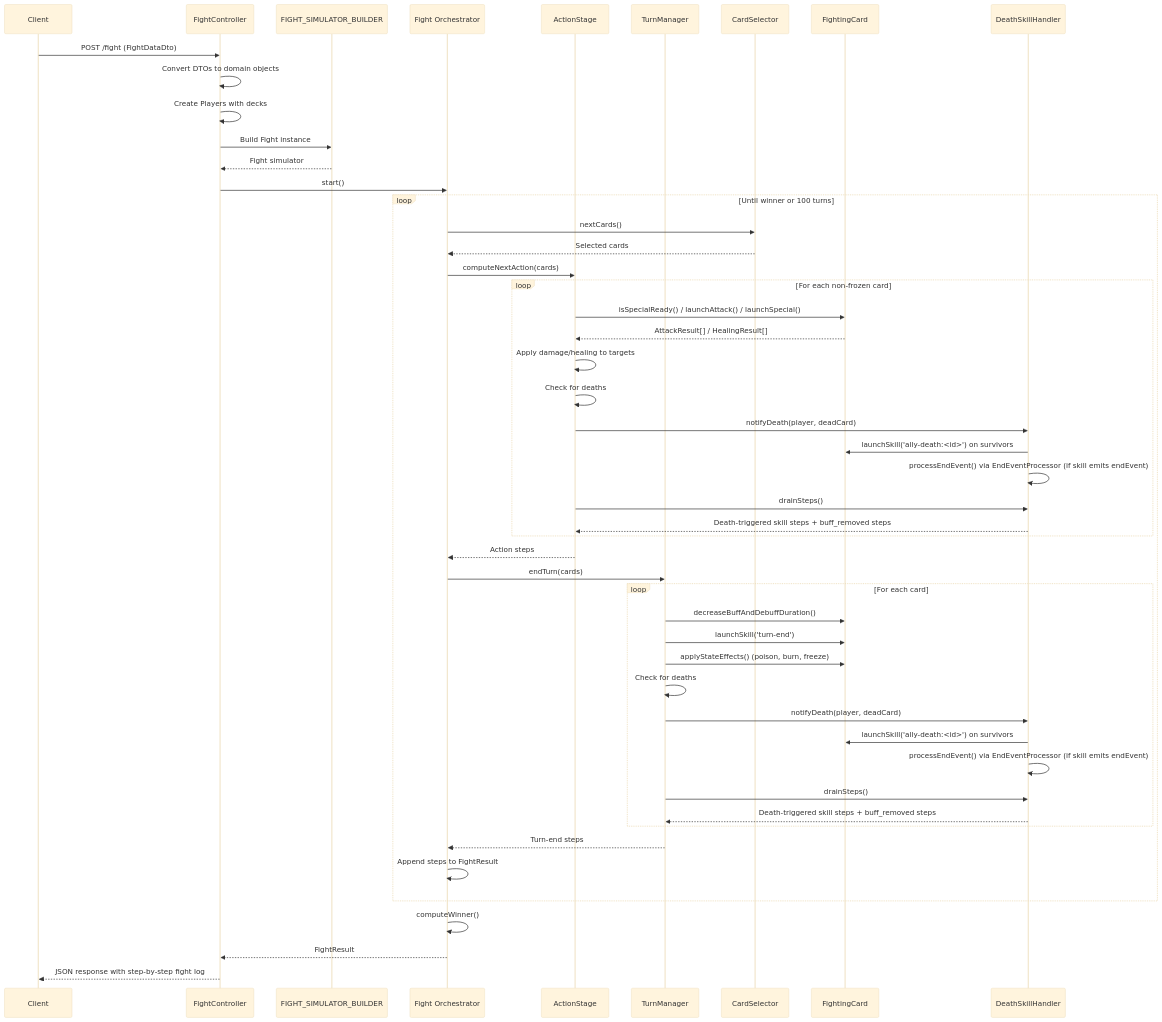
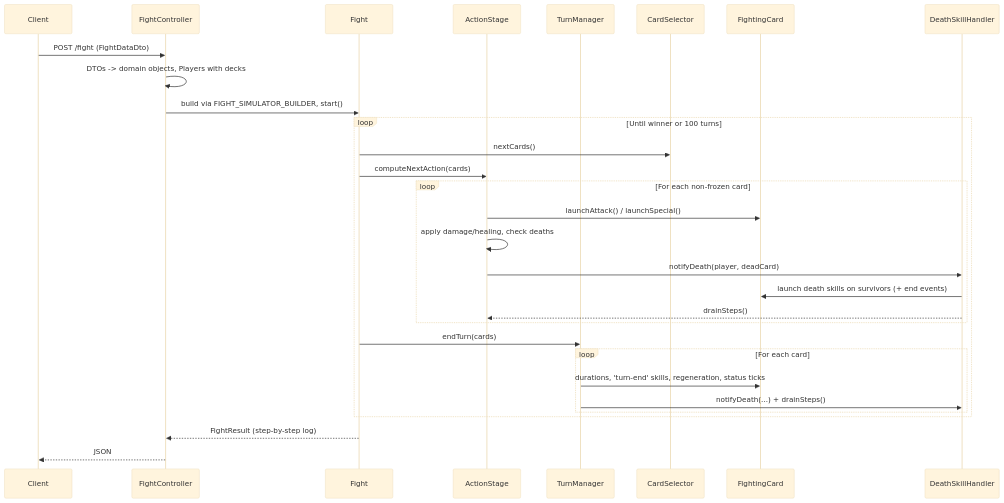
One commit to cegerard/card-game changed the diagram in docs/memory-bank/backend/ARCHITECTURE.md. Above: the diagram before and after it, drawn with Mermaid (base theme). The commit also changed other lines of this file and 50 other files, not shown here.

````diff
--- a/docs/memory-bank/backend/ARCHITECTURE.md
+++ b/docs/memory-bank/backend/ARCHITECTURE.md
@@ -166,58 +19,34 @@
 ```mermaid
 sequenceDiagram
     participant Client
     participant Controller as FightController
-    participant Factory as FIGHT_SIMULATOR_BUILDER
-    participant Fight as Fight Orchestrator
+    participant Fight as Fight
     participant ActionStage as ActionStage
     participant TurnManager as TurnManager
     participant CardSelector as CardSelector
     participant Card as FightingCard
     participant DeathHandler as DeathSkillHandler
 
     Client->>Controller: POST /fight (FightDataDto)
-    Controller->>Controller: Convert DTOs to domain objects
-    Controller->>Controller: Create Players with decks
-    Controller->>Factory: Build Fight instance
-    Factory-->>Controller: Fight simulator
-    Controller->>Fight: start()
+    Controller->>Controller: DTOs -> domain objects, Players with decks
+    Controller->>Fight: build via FIGHT_SIMULATOR_BUILDER, start()
 
     loop Until winner or 100 turns
         Fight->>CardSelector: nextCards()
-        CardSelector-->>Fight: Selected cards
-
         Fight->>ActionStage: computeNextAction(cards)
         loop For each non-frozen card
-            ActionStage->>Card: isSpecialReady() / launchAttack() / launchSpecial()
-            Card-->>ActionStage: AttackResult[] / HealingResult[]
-            ActionStage->>ActionStage: Apply damage/healing to targets
-            ActionStage->>ActionStage: Check for deaths
+            ActionStage->>Card: launchAttack() / launchSpecial()
+            ActionStage->>ActionStage: apply damage/healing, check deaths
             ActionStage->>DeathHandler: notifyDeath(player, deadCard)
-            DeathHandler->>Card: launchSkill('ally-death:<id>') on survivors
-            DeathHandler->>DeathHandler: processEndEvent() via EndEventProcessor (if skill emits endEvent)
-            ActionStage->>DeathHandler: drainSteps()
-            DeathHandler-->>ActionStage: Death-triggered skill steps + buff_removed steps
+            DeathHandler->>Card: launch death skills on survivors (+ end events)
+            DeathHandler-->>ActionStage: drainSteps()
         end
-        ActionStage-->>Fight: Action steps
-
         Fight->>TurnManager: endTurn(cards)
         loop For each card
-            TurnManager->>Card: decreaseBuffAndDebuffDuration()
-            TurnManager->>Card: launchSkill('turn-end')
-            TurnManager->>Card: applyStateEffects() (poison, burn, freeze)
-            TurnManager->>TurnManager: Check for deaths
-            TurnManager->>DeathHandler: notifyDeath(player, deadCard)
-            DeathHandler->>Card: launchSkill('ally-death:<id>') on survivors
-            DeathHandler->>DeathHandler: processEndEvent() via EndEventProcessor (if skill emits endEvent)
-            TurnManager->>DeathHandler: drainSteps()
-            DeathHandler-->>TurnManager: Death-triggered skill steps + buff_removed steps
+            TurnManager->>Card: durations, 'turn-end' skills, regeneration, status ticks
+            TurnManager->>DeathHandler: notifyDeath(...) + drainSteps()
         end
-        TurnManager-->>Fight: Turn-end steps
-
-        Fight->>Fight: Append steps to FightResult
     end
-
-    Fight->>Fight: computeWinner()
-    Fight-->>Controller: FightResult
-    Controller-->>Client: JSON response with step-by-step fight log
+    Fight-->>Controller: FightResult (step-by-step log)
+    Controller-->>Client: JSON
 ```
````
